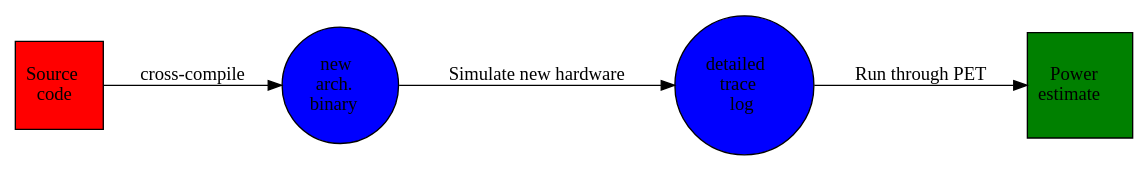
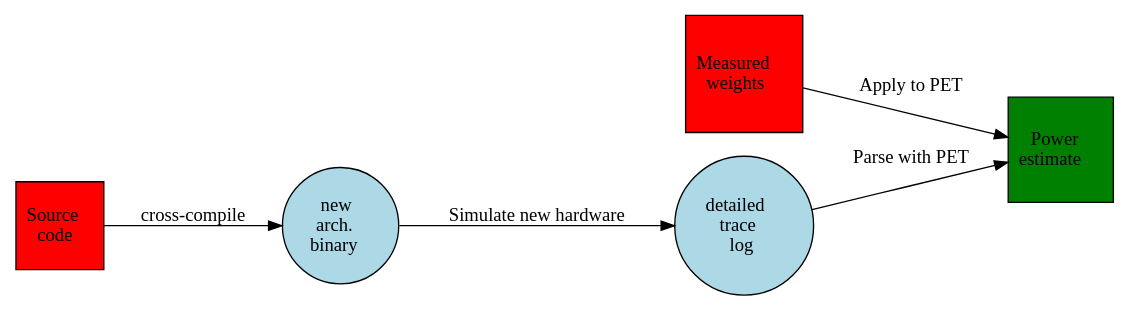
Before and after one commit to terjr/thesis: the diagram in report/figs/pet-workflow.gv, drawn with Graphviz. The commit also changed 1 other file, not shown here.

Commit message:
more on GEM5 output to PET input

```diff
--- a/report/figs/pet-workflow.gv
+++ b/report/figs/pet-workflow.gv
@@ -1,12 +1,14 @@
 digraph workflow {
     rankdir = LR;
-    node [shape="circle",style="filled",fillcolor="blue"]
+    node [shape="circle",style="filled",fillcolor="lightblue"]
+        weights->data [label="Apply to PET"]
+        weights [shape="square",fillcolor="red",label=<Measured<br/>weights>]
         source [shape="square",fillcolor="red",label=<Source<br/>code>]
         binary  [label=<new<br/>arch.<br/>binary>]
         source->binary [label="cross-compile"]
         trace  [label=<detailed<br/>trace<br/>log>]
         data   [shape="square",fillcolor="green",label=<Power<br/>estimate>]
-        trace->data [label="Run through PET"]
+        trace->data [label="Parse with PET"]
         binary->trace [label="Simulate new hardware"]
 
 }
```
